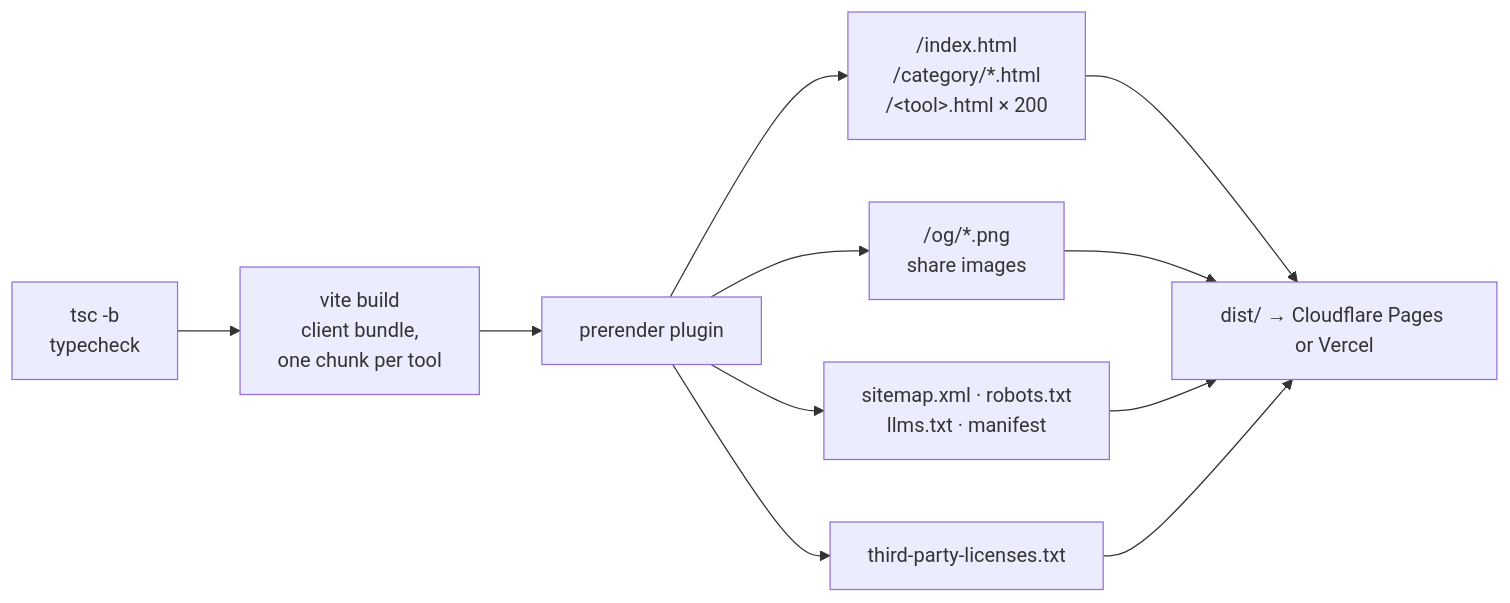
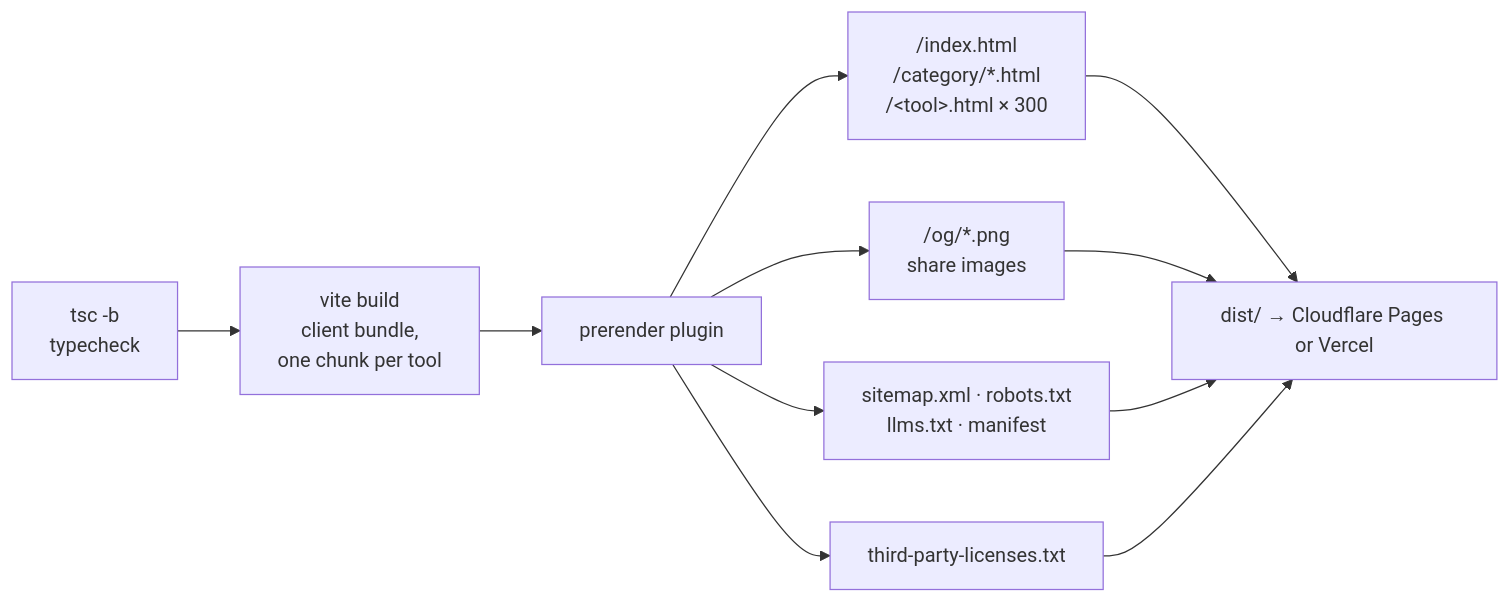
Before and after one commit to mrzkprtm/4llTools: the second of 3 diagrams in README.md, drawn with Mermaid. The commit also changed other lines of this file and 3 other files, not shown here.

````diff
--- a/README.md
+++ b/README.md
@@ -614,10 +614,10 @@
 ```mermaid
 flowchart LR
   A["tsc -b<br/>typecheck"] --> B["vite build<br/>client bundle,<br/>one chunk per tool"]
   B --> C["prerender plugin"]
-  C --> D["/index.html<br/>/category/*.html<br/>/&lt;tool&gt;.html × 200"]
+  C --> D["/index.html<br/>/category/*.html<br/>/&lt;tool&gt;.html × 300"]
   C --> E["/og/*.png<br/>share images"]
   C --> F["sitemap.xml · robots.txt<br/>llms.txt · manifest"]
   C --> G["third-party-licenses.txt"]
   D & E & F & G --> H["dist/ → Cloudflare Pages or Vercel"]
 ```
````
